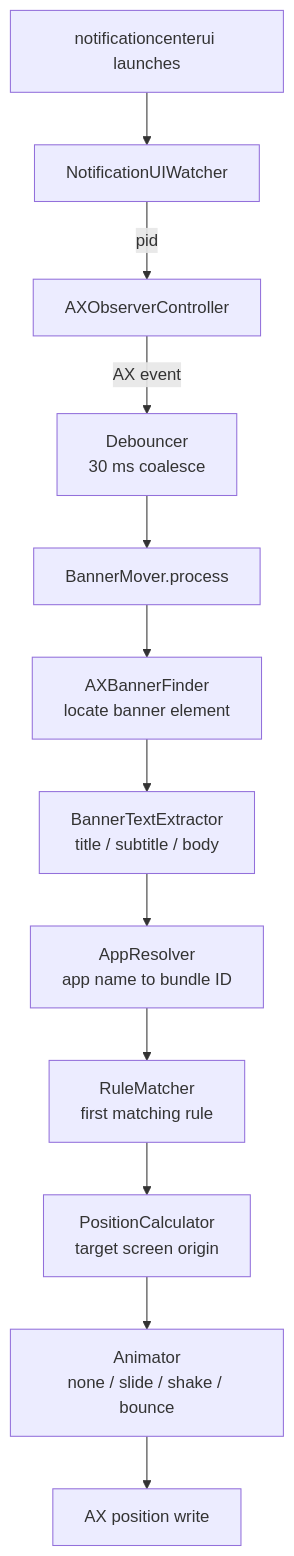
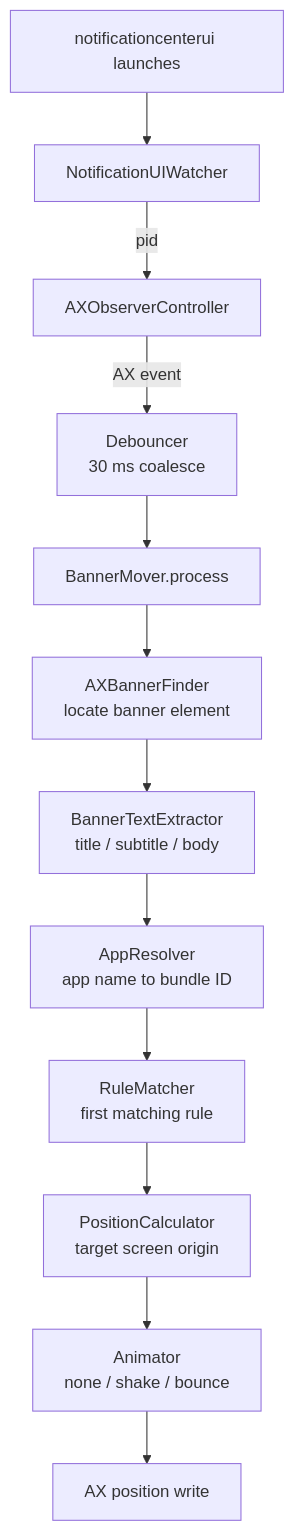
Before and after one commit to remerle/BannerShift: the diagram in docs/architecture.md, drawn with Mermaid. The commit also changed other lines of this file and 8 other files, not shown here.

````diff
--- a/docs/architecture.md
+++ b/docs/architecture.md
@@ -69,14 +69,14 @@
 ```mermaid
 flowchart TD
     A[notificationcenterui launches] --> B[NotificationUIWatcher]
     B -->|pid| C[AXObserverController]
     C -->|AX event| D[Debouncer<br/>30 ms coalesce]
     D --> E[BannerMover.process]
     E --> F[AXBannerFinder<br/>locate banner element]
     F --> G[BannerTextExtractor<br/>title / subtitle / body]
     G --> H[AppResolver<br/>app name to bundle ID]
     H --> I[RuleMatcher<br/>first matching rule]
     I --> J[PositionCalculator<br/>target screen origin]
-    J --> K[Animator<br/>none / slide / shake / bounce]
+    J --> K[Animator<br/>none / shake / bounce]
     K --> L[AX position write]
 ```
````
